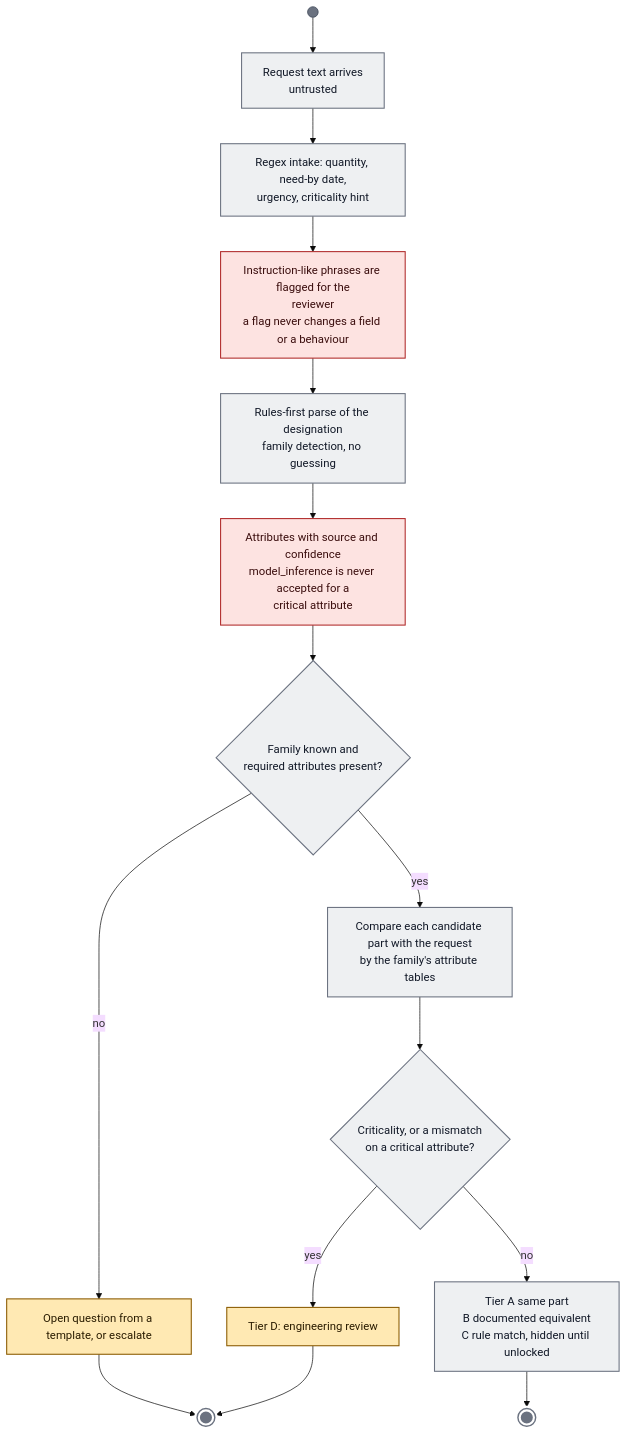
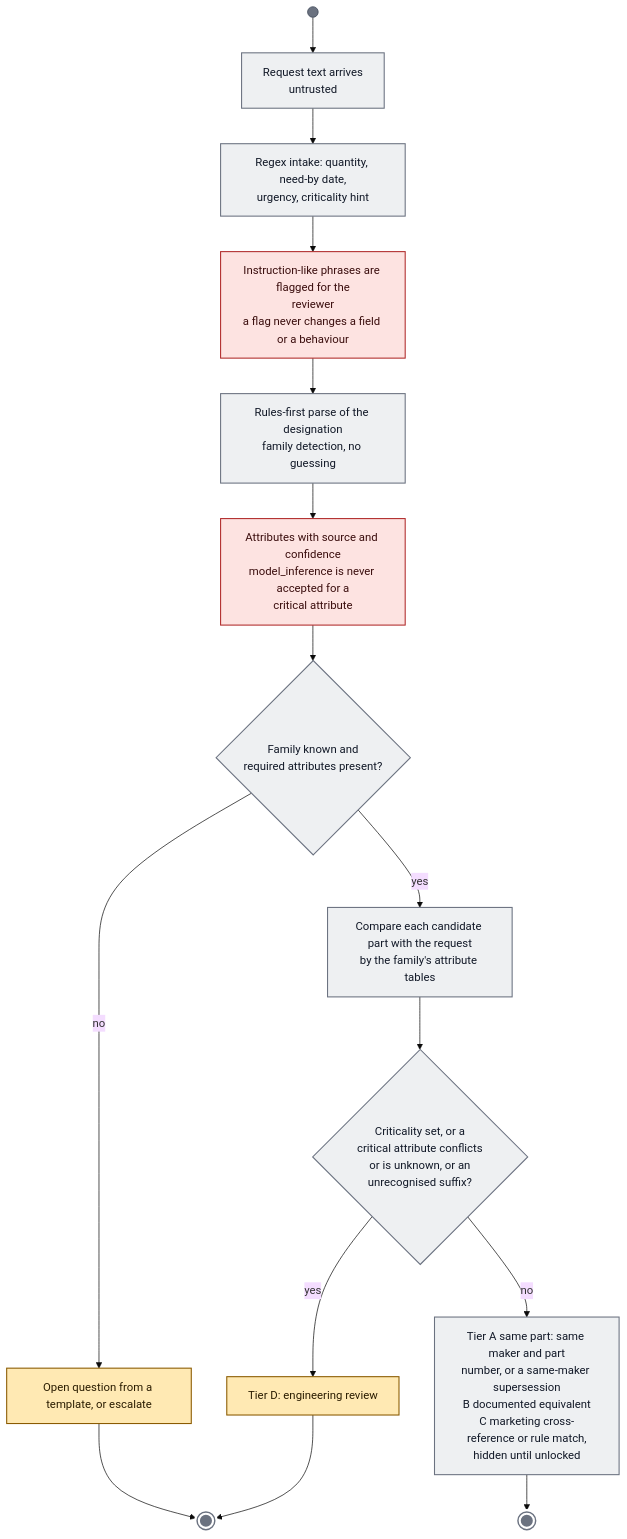
The ninth of 33 diagrams in docs/architecture/activity-diagrams.md (emre-akarsu/ai-commerce-ideas), drawn with Mermaid (base theme) before and after one commit. The commit also changed other lines of this file and 1 other file, not shown here.

First line of the commit message:
docs: correct activity diagrams after a fact-check of the rfq, verify, evidence and intake diagrams

````diff
--- a/docs/architecture/activity-diagrams.md
+++ b/docs/architecture/activity-diagrams.md
@@ -306,25 +306,25 @@
 ```mermaid
 flowchart TB
 classDef human fill:#ffe9b3,stroke:#8a5a00,color:#2a1c00,stroke-width:1.5px
 classDef rule fill:#eef0f2,stroke:#6b7280,color:#111827,stroke-width:1.5px
 classDef ai fill:#e9e3ff,stroke:#5b3fc4,color:#1e1050,stroke-width:2.5px,stroke-dasharray:6 4
 classDef opt fill:#d8f3e4,stroke:#1b7a4a,color:#0b2e1b,stroke-width:1.5px
 classDef gate fill:#fde3e1,stroke:#b02b2b,color:#3a0d0d,stroke-width:1.5px
 classDef data fill:#dbeafe,stroke:#1d4ed8,color:#0b1f4d,stroke-width:1.5px
 classDef bar fill:#6b7280,stroke:#374151,color:#ffffff
 classDef fin fill:#6b7280,stroke:#ffffff,color:#ffffff,stroke-width:3px
 S((" ")):::bar --> p1["Request text arrives<br/>untrusted"]:::rule
 p1 --> p2["Regex intake: quantity, need-by date,<br/>urgency, criticality hint"]:::rule
 p2 --> p3["Instruction-like phrases are flagged for the<br/>reviewer<br/>a flag never changes a field or a behaviour"]:::gate
 p3 --> p4["Rules-first parse of the designation<br/>family detection, no guessing"]:::rule
 p4 --> p5["Attributes with source and confidence<br/>model_inference is never accepted for a<br/>critical attribute"]:::gate
 p5 --> d1{"Family known and<br/>required attributes present?"}:::rule
 d1 -->|"no"| p6["Open question from a template, or escalate"]:::human
 p6 --> E1(((" "))):::fin
 d1 -->|"yes"| p7["Compare each candidate part with the request<br/>by the family's attribute tables"]:::rule
-p7 --> d2{"Criticality, or a mismatch<br/>on a critical attribute?"}:::rule
+p7 --> d2{"Criticality set, or a<br/>critical attribute conflicts<br/>or is unknown, or an<br/>unrecognised suffix?"}:::rule
 d2 -->|"yes"| p8["Tier D: engineering review"]:::human
-d2 -->|"no"| p9["Tier A same part<br/>B documented equivalent<br/>C rule match, hidden until unlocked"]:::rule
+d2 -->|"no"| p9["Tier A same part: same maker and part<br/>number, or a same-maker supersession<br/>B documented equivalent<br/>C marketing cross-reference or rule match,<br/>hidden until unlocked"]:::rule
 p8 --> E1
 p9 --> E2(((" "))):::fin
 ```
````
